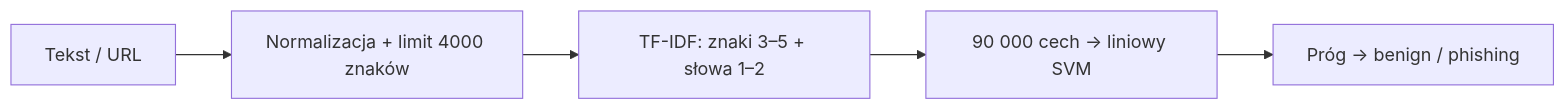
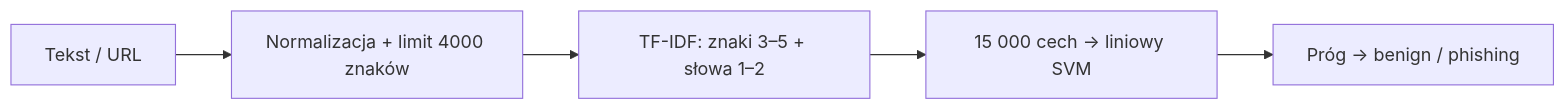
The diagram in phishing-detector/src/README.md (nikpan1/phishing-detector), drawn with Mermaid before and after one commit. The commit also changed other lines of this file and 18 other files, not shown here.

````diff
--- a/phishing-detector/src/README.md
+++ b/phishing-detector/src/README.md
@@ -42,7 +42,7 @@
 ```mermaid
 flowchart LR
     T["Tekst / URL"] --> N["Normalizacja + limit 4000 znaków"]
     N --> F["TF-IDF: znaki 3–5 + słowa 1–2"]
-    F --> S["90 000 cech → liniowy SVM"]
+    F --> S["15 000 cech → liniowy SVM"]
     S --> P["Próg → benign / phishing"]
 ```
````
